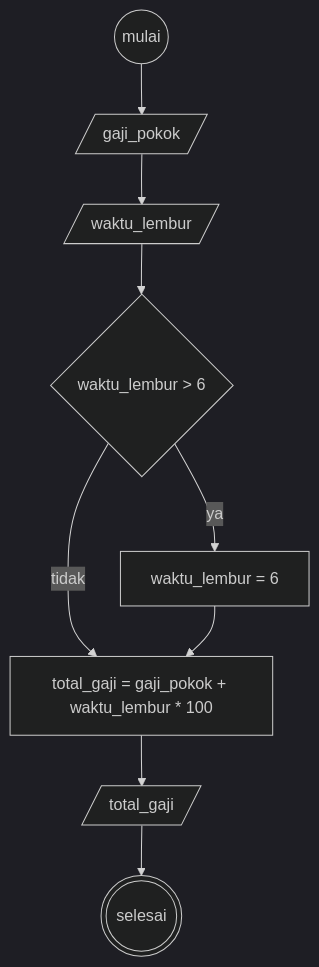
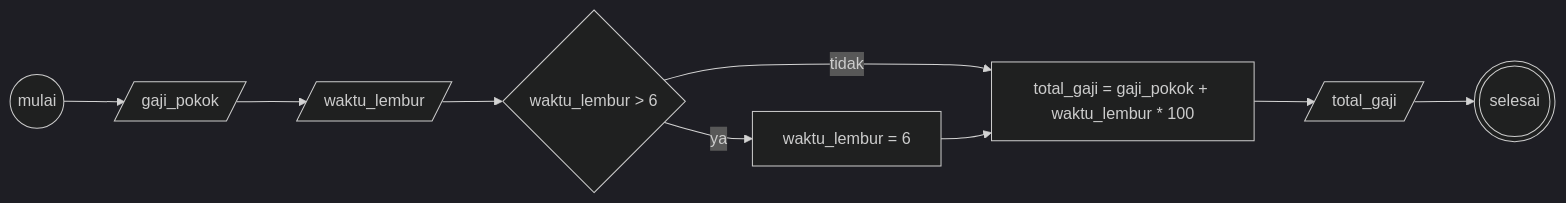
Before and after one commit to daberpro/koda-b10-algo-impl: the diagram in README.md, drawn with Mermaid (dark theme).

````diff
--- a/README.md
+++ b/README.md
@@ -20,23 +20,23 @@
 ```mermaid
-flowchart TB
+flowchart LR
 
     Start((mulai))
     GajiPokok[/gaji_pokok/]
     WaktuLembur[/waktu_lembur/]
     CekWaktuLembur{waktu_lembur > 6}
     WaktuLemburDiambil[waktu_lembur = 6]
     TotalGaji[total_gaji = gaji_pokok + waktu_lembur * 100]
     CetakHasil[/total_gaji/]
     End(((selesai)))
 
     Start --> GajiPokok
     GajiPokok --> WaktuLembur
     WaktuLembur --> CekWaktuLembur
     CekWaktuLembur --> |ya| WaktuLemburDiambil
     CekWaktuLembur --> |tidak| TotalGaji
     WaktuLemburDiambil --> TotalGaji
     TotalGaji --> CetakHasil
     CetakHasil --> End
 
 
 ```
````
